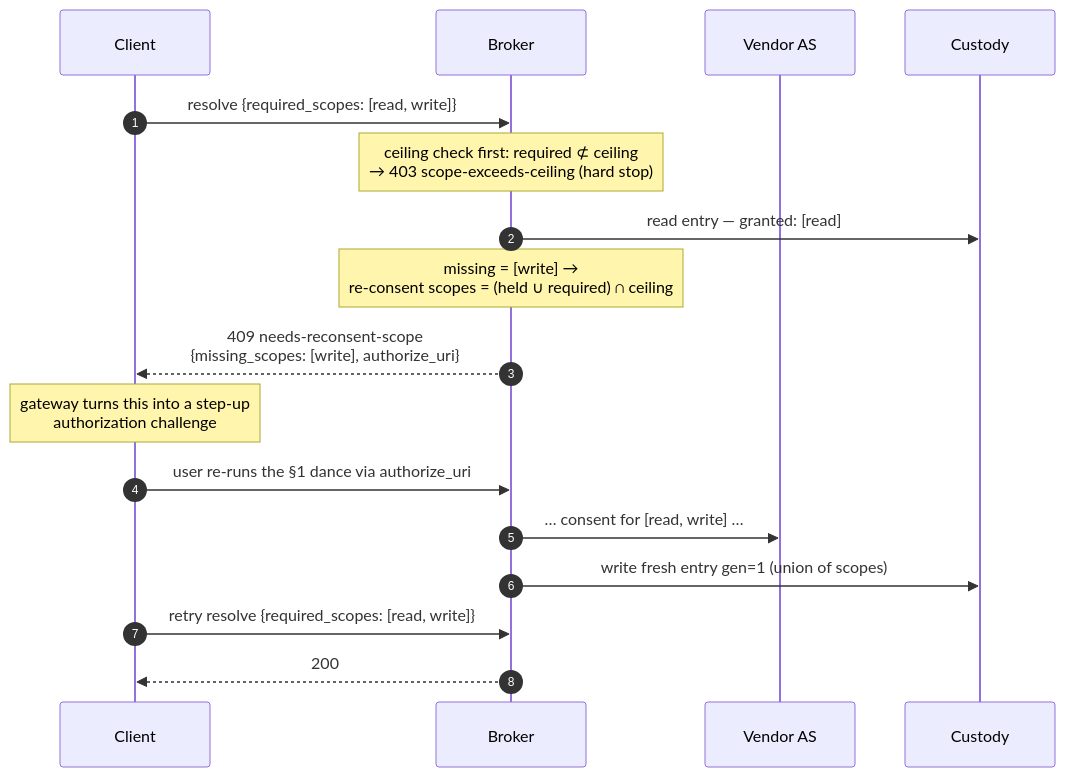
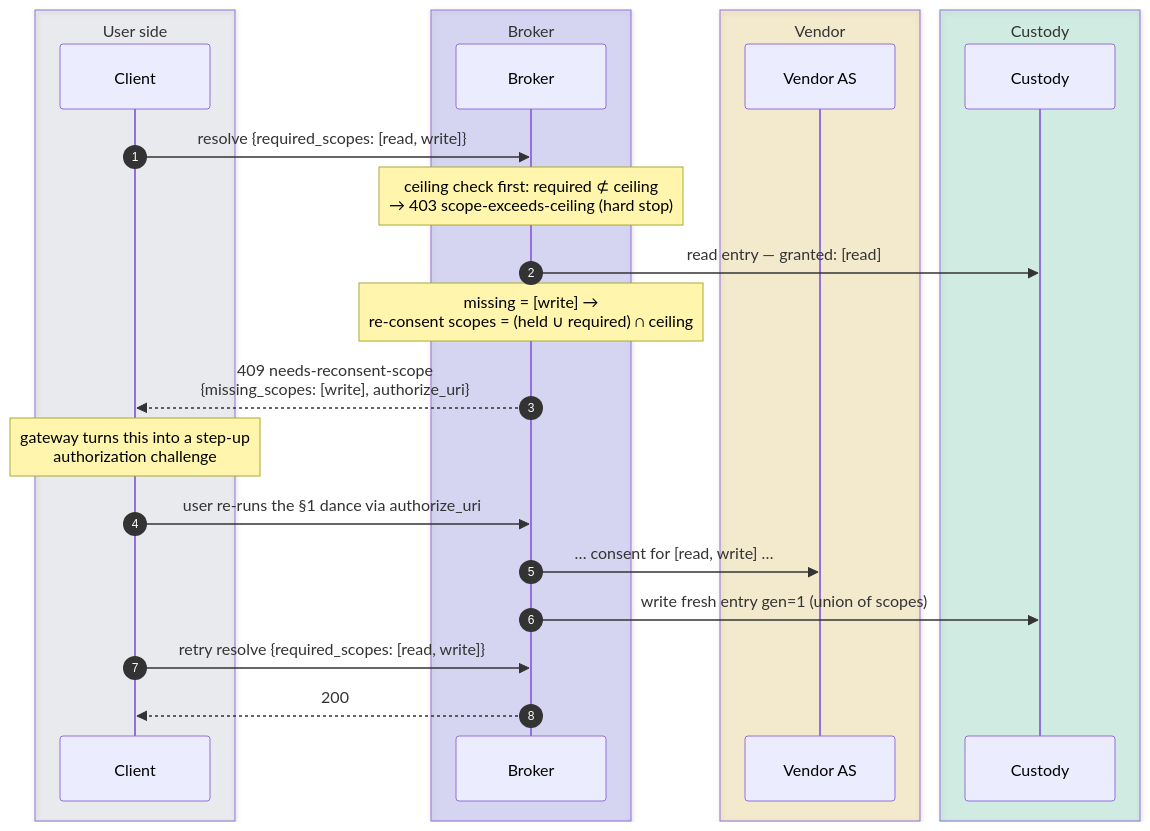
One commit to chief-builder/vendor-token-broker changed the seventh of 10 diagrams in docs/token-lifecycle.md. Above: the diagram before and after it, drawn with Mermaid. The commit also changed other lines of this file and 1 other file, not shown here.

First line of the commit message:
docs: theme-aware diagram colors + decluttered orientation map

````diff
--- a/docs/token-lifecycle.md
+++ b/docs/token-lifecycle.md
@@ -243,20 +295,28 @@
 ```mermaid
 sequenceDiagram
     autonumber
-    participant C as Client
-    participant B as Broker
-    participant V as Vendor AS
-    participant K as Custody
+    box rgba(148,163,184,0.14) User side
+        participant C as Client
+    end
+    box rgba(99,102,241,0.20) Broker
+        participant B as Broker
+    end
+    box rgba(234,179,8,0.16) Vendor
+        participant V as Vendor AS
+    end
+    box rgba(16,185,129,0.16) Custody
+        participant K as Custody
+    end
 
     C->>B: resolve {required_scopes: [read, write]}
     Note over B: ceiling check first: required ⊄ ceiling<br/>→ 403 scope-exceeds-ceiling (hard stop)
     B->>K: read entry — granted: [read]
     Note over B: missing = [write] →<br/>re-consent scopes = (held ∪ required) ∩ ceiling
     B-->>C: 409 needs-reconsent-scope<br/>{missing_scopes: [write], authorize_uri}
     Note over C: gateway turns this into a step-up<br/>authorization challenge
     C->>B: user re-runs the §1 dance via authorize_uri
     B->>V: … consent for [read, write] …
     B->>K: write fresh entry gen=1 (union of scopes)
     C->>B: retry resolve {required_scopes: [read, write]}
     B-->>C: 200
 ```
````
